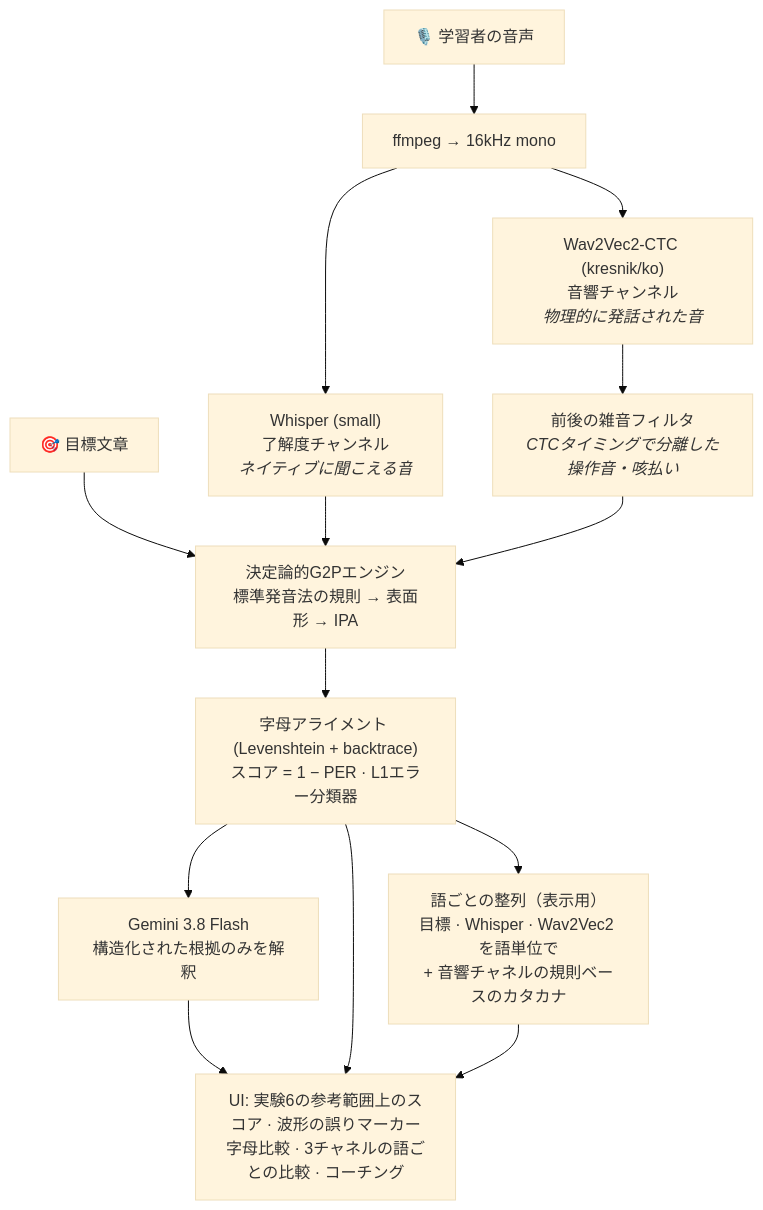
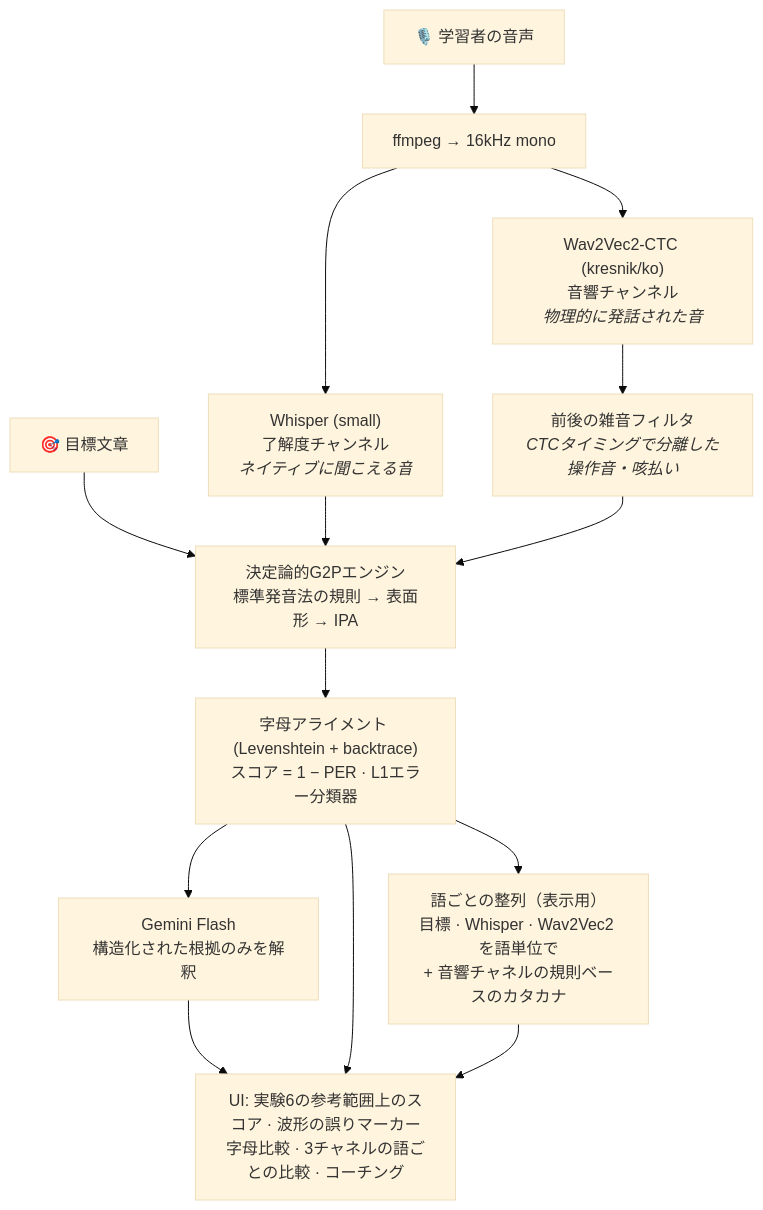
The diagram in README_jp.md (fairyofdata/PhonemeJP2KR), drawn with Mermaid (base theme) before and after one commit. The commit also changed other lines of this file and 5 other files, not shown here.

````diff
--- a/README_jp.md
+++ b/README_jp.md
@@ -39,16 +39,16 @@
 ```mermaid
 flowchart TD
     A[🎙️ 学習者の音声] --> B[ffmpeg → 16kHz mono]
     B --> C["Whisper (small)<br/>了解度チャンネル<br/><i>ネイティブに聞こえる音</i>"]
     B --> D["Wav2Vec2-CTC (kresnik/ko)<br/>音響チャンネル<br/><i>物理的に発話された音</i>"]
     T[🎯 目標文章] --> G
     C --> G["決定論的G2Pエンジン<br/>標準発音法の規則 → 表面形 → IPA"]
     D --> N["前後の雑音フィルタ<br/><i>CTCタイミングで分離した操作音・咳払い</i>"]
     N --> G
     G --> S["字母アライメント (Levenshtein + backtrace)<br/>スコア = 1 − PER · L1エラー分類器"]
     S --> W["語ごとの整列（表示用）<br/>目標 · Whisper · Wav2Vec2 を語単位で<br/>+ 音響チャネルの規則ベースのカタカナ"]
-    S --> L["Gemini 3.8 Flash<br/>構造化された根拠のみを解釈"]
+    S --> L["Gemini Flash<br/>構造化された根拠のみを解釈"]
     L --> U["UI: 実験6の参考範囲上のスコア · 波形の誤りマーカー<br/>字母比較 · 3チャネルの語ごとの比較 · コーチング"]
     S --> U
     W --> U
 ```
````
